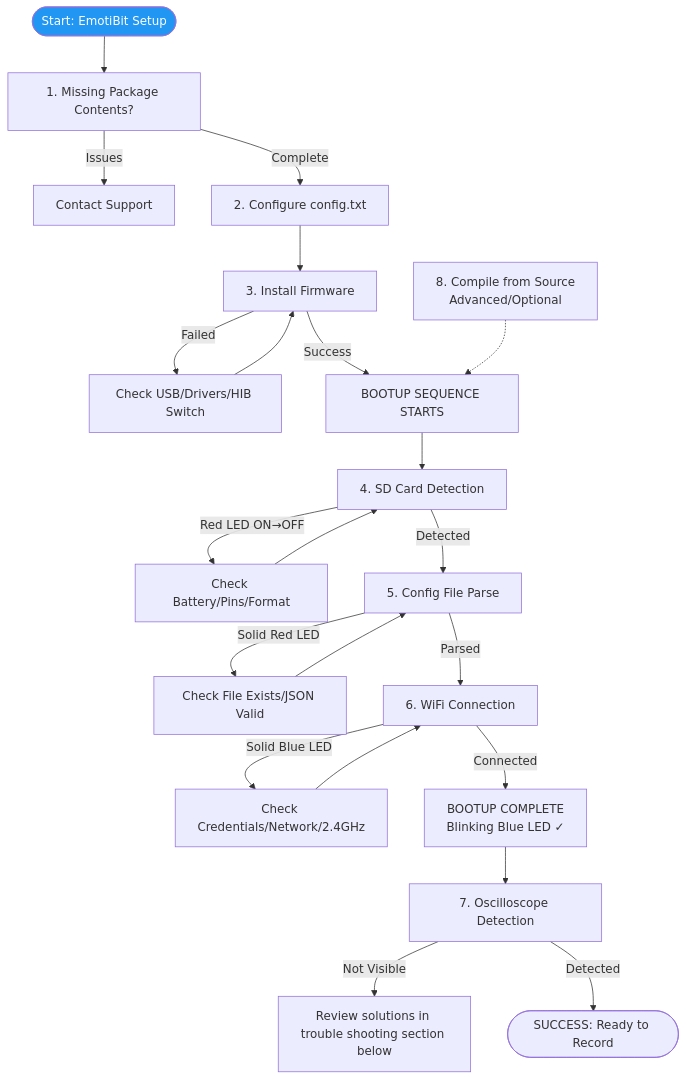
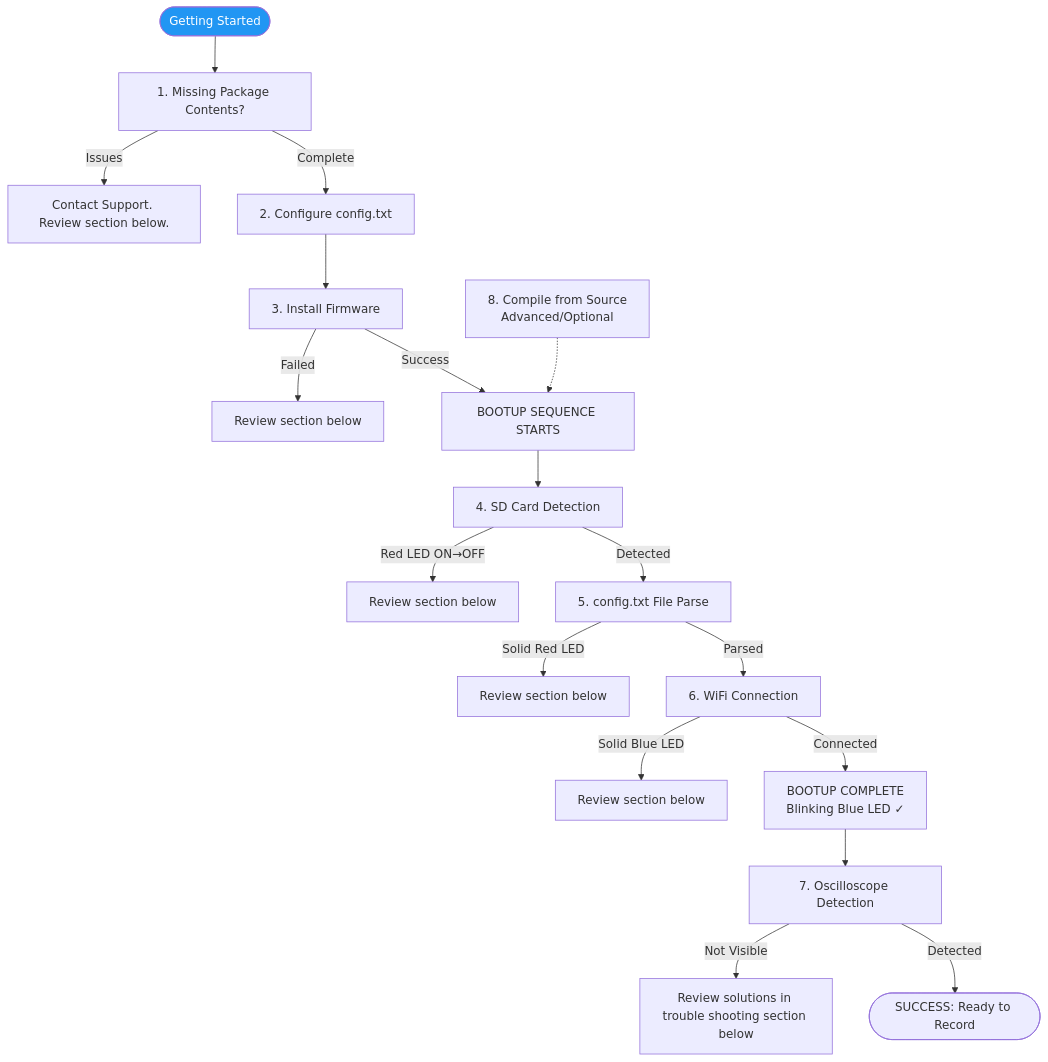
One commit to EmotiBit/EmotiBit_Docs changed the diagram in Troubleshooting.md. Above: the diagram before and after it, drawn with Mermaid.

````diff
--- a/Troubleshooting.md
+++ b/Troubleshooting.md
@@ -8,32 +8,28 @@
 ```mermaid
 flowchart TD
-    Start([Start: EmotiBit Setup]) --> Step1[1. Missing Package Contents?]
-    Step1 --> |Issues| Contact[Contact Support]
+    Start([Getting Started]) --> Step1[1. Missing Package Contents?]
+    Step1 --> |Issues| Contact[Contact Support. Review section below.]
     Step1 --> |Complete| Step2[2. Configure config.txt]
 
     Step2 --> Step3[3. Install Firmware]
-    Step3 --> |Failed| Fix3[Check USB/Drivers/HIB Switch]
-    Fix3 --> Step3
+    Step3 --> |Failed| Fix3[Review section below]
     Step3 --> |Success| Bootup1[BOOTUP SEQUENCE STARTS]
 
     Bootup1 --> Step4[4. SD Card Detection]
-    Step4 --> |Red LED ON→OFF| Fix4[Check Battery/Pins/Format]
-    Fix4 --> Step4
-    Step4 --> |Detected| Step5[5. Config File Parse]
+    Step4 --> |Red LED ON→OFF| Fix4[Review section below]
+    Step4 --> |Detected| Step5[5. config.txt File Parse]
 
-    Step5 --> |Solid Red LED| Fix5[Check File Exists/JSON Valid]
-    Fix5 --> Step5
+    Step5 --> |Solid Red LED| Fix5[Review section below]
     Step5 --> |Parsed| Step6[6. WiFi Connection]
 
-    Step6 --> |Solid Blue LED| Fix6[Check Credentials/Network/2.4GHz]
-    Fix6 --> Step6
+    Step6 --> |Solid Blue LED| Fix6[Review section below]
     Step6 --> |Connected| Bootup2[BOOTUP COMPLETE<br/>Blinking Blue LED ✓]
 
     Bootup2 --> Step7[7. Oscilloscope Detection]
     Step7 --> |Not Visible| Fix7[Review solutions in trouble shooting section below]
     Step7 --> |Detected| Success([SUCCESS: Ready to Record])
 
     Step8[8. Compile from Source<br/>Advanced/Optional] -.-> Bootup1
 
     style Start fill:#2196f3,color:#fff
 ```
````
